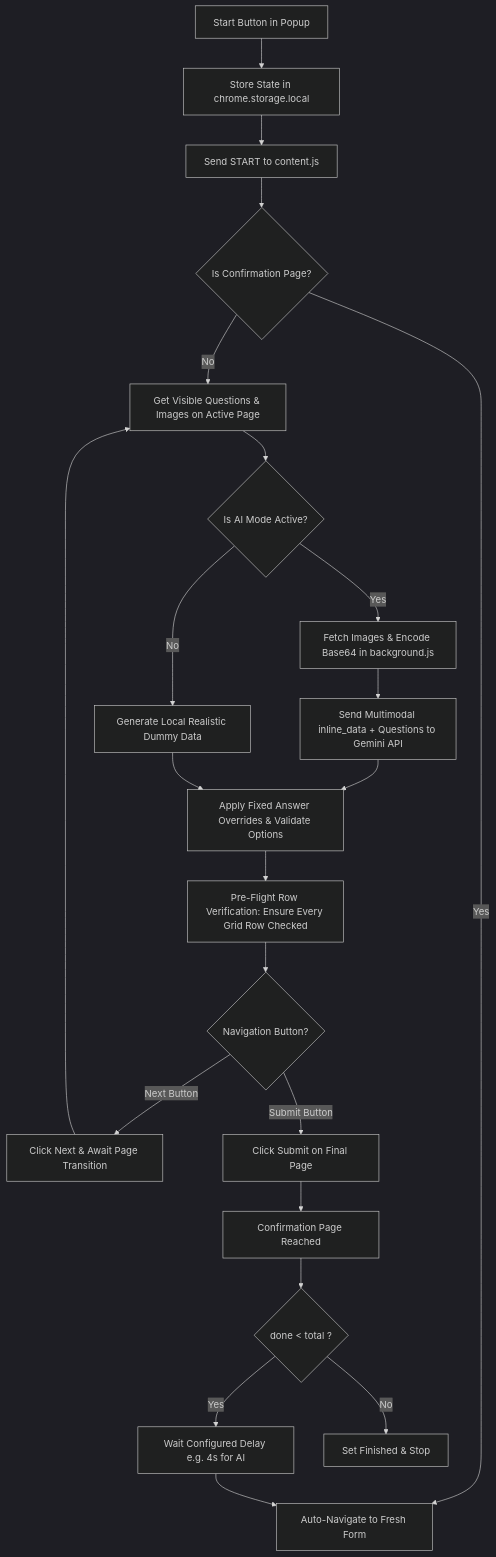
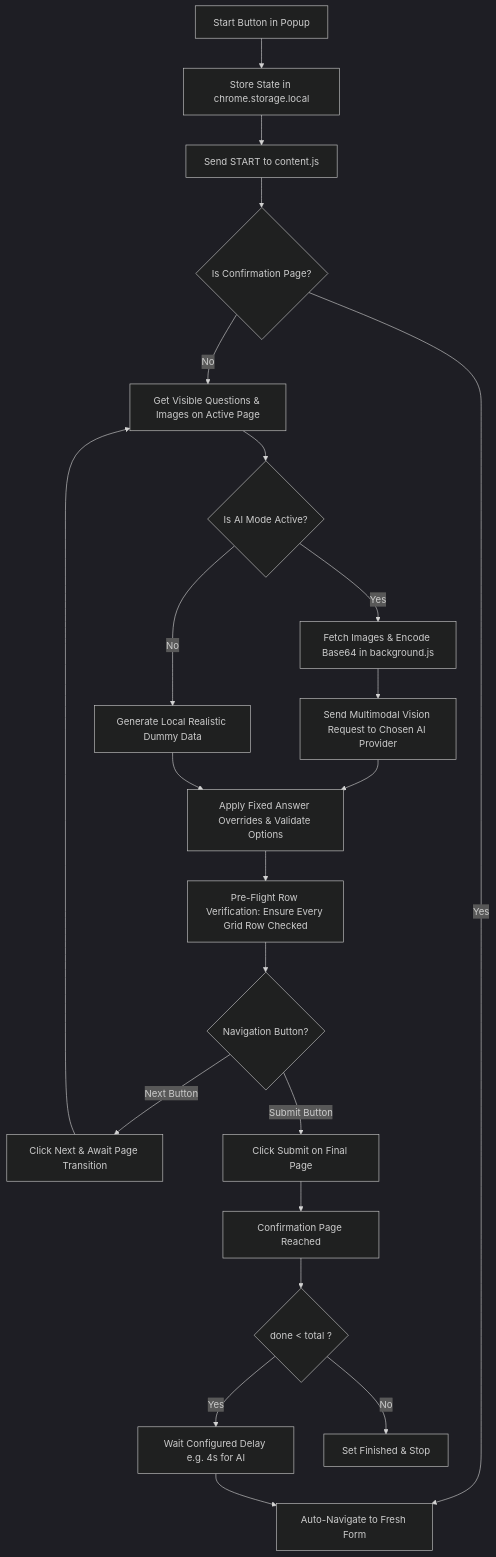
Before and after one commit to makdi-manav/FormPilot: the diagram in README.md, drawn with Mermaid (dark theme). The commit also changed other lines of this file and 9 other files, not shown here.

Commit message:
feat: add universal AI provider support (Gemini, OpenAI, Claude, OpenRouter, Groq, Ollama)

````diff
--- a/README.md
+++ b/README.md
@@ -91,24 +91,24 @@
 ```mermaid
 flowchart TD
     A[Start Button in Popup] --> B[Store State in chrome.storage.local]
     B --> C[Send START to content.js]
     C --> D{Is Confirmation Page?}
     D -- Yes --> E[Auto-Navigate to Fresh Form]
     D -- No --> F[Get Visible Questions & Images on Active Page]
     F --> G{Is AI Mode Active?}
     G -- Yes --> H[Fetch Images & Encode Base64 in background.js]
-    H --> I[Send Multimodal inline_data + Questions to Gemini API]
+    H --> I[Send Multimodal Vision Request to Chosen AI Provider]
     G -- No --> J[Generate Local Realistic Dummy Data]
     I --> K[Apply Fixed Answer Overrides & Validate Options]
     J --> K
     K --> L[Pre-Flight Row Verification: Ensure Every Grid Row Checked]
     L --> M{Navigation Button?}
     M -- "Next" Button --> N[Click Next & Await Page Transition]
     N --> F
     M -- "Submit" Button --> O[Click Submit on Final Page]
     O --> P[Confirmation Page Reached]
     P --> Q{done < total ?}
     Q -- Yes --> R[Wait Configured Delay e.g. 4s for AI]
     R --> E
     Q -- No --> S[Set Finished & Stop]
 ```
````
